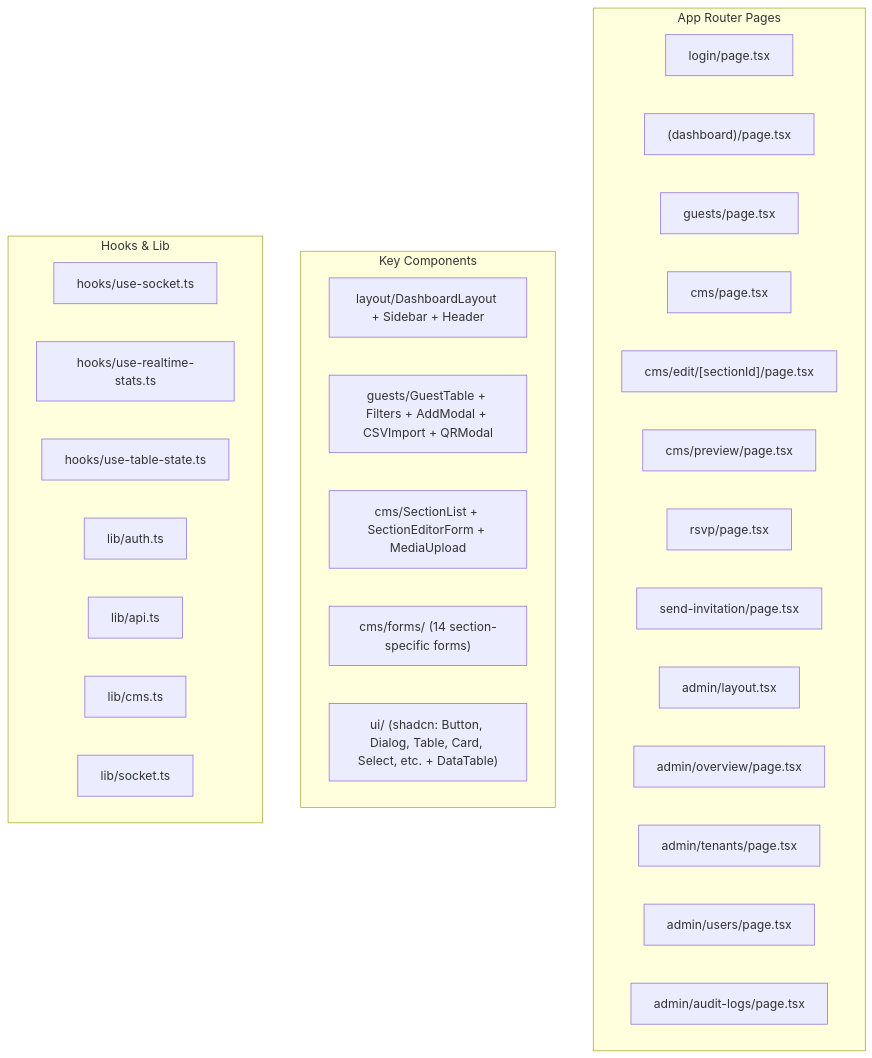
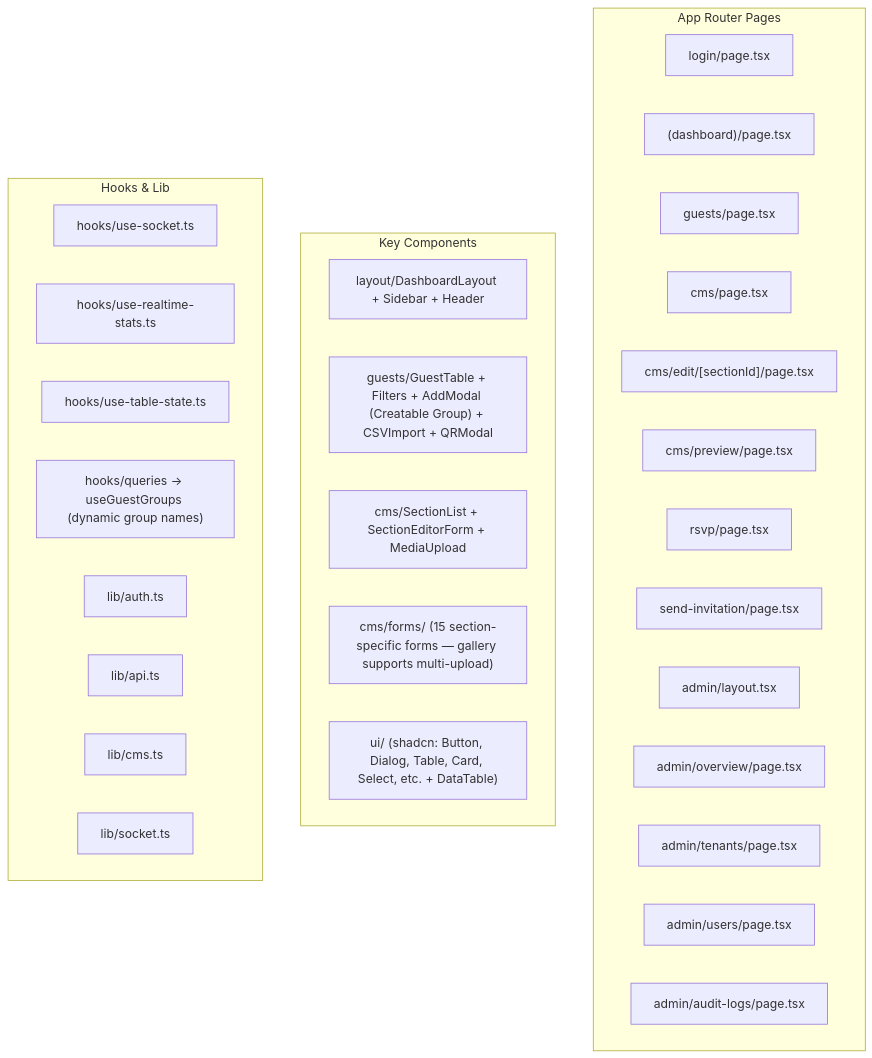
The fourth of 5 diagrams in .agents/summary/components.md (maru-story/wedding-ecosystem), drawn with Mermaid before and after one commit. The commit also changed other lines of this file and 148 other files, not shown here.

````diff
--- a/.agents/summary/components.md
+++ b/.agents/summary/components.md
@@ -147,36 +147,37 @@
 ```mermaid
 graph TB
     subgraph "App Router Pages"
         Login["login/page.tsx"]
         Home["(dashboard)/page.tsx"]
         Guests["guests/page.tsx"]
         CMS["cms/page.tsx"]
         CMSEdit["cms/edit/[sectionId]/page.tsx"]
         CMSPreview["cms/preview/page.tsx"]
         RSVP["rsvp/page.tsx"]
         SendInvitation["send-invitation/page.tsx"]
         AdminLayout["admin/layout.tsx"]
         AdminOverview["admin/overview/page.tsx"]
         AdminTenants["admin/tenants/page.tsx"]
         AdminUsers["admin/users/page.tsx"]
         AdminAudit["admin/audit-logs/page.tsx"]
     end
 
     subgraph "Key Components"
         Layout["layout/DashboardLayout + Sidebar + Header"]
-        GuestTable["guests/GuestTable + Filters + AddModal + CSVImport + QRModal"]
+        GuestTable["guests/GuestTable + Filters + AddModal (Creatable Group) + CSVImport + QRModal"]
         CMSComp["cms/SectionList + SectionEditorForm + MediaUpload"]
-        Forms["cms/forms/ (14 section-specific forms)"]
+        Forms["cms/forms/ (15 section-specific forms — gallery supports multi-upload)"]
         UI["ui/ (shadcn: Button, Dialog, Table, Card, Select, etc. + DataTable)"]
     end
 
     subgraph "Hooks & Lib"
         UseSocket["hooks/use-socket.ts"]
         UseStats["hooks/use-realtime-stats.ts"]
         UseTable["hooks/use-table-state.ts"]
+        UseGroups["hooks/queries → useGuestGroups (dynamic group names)"]
         AuthLib["lib/auth.ts"]
         APILib["lib/api.ts"]
         CMSLib["lib/cms.ts"]
         SocketLib["lib/socket.ts"]
     end
 ```
````
